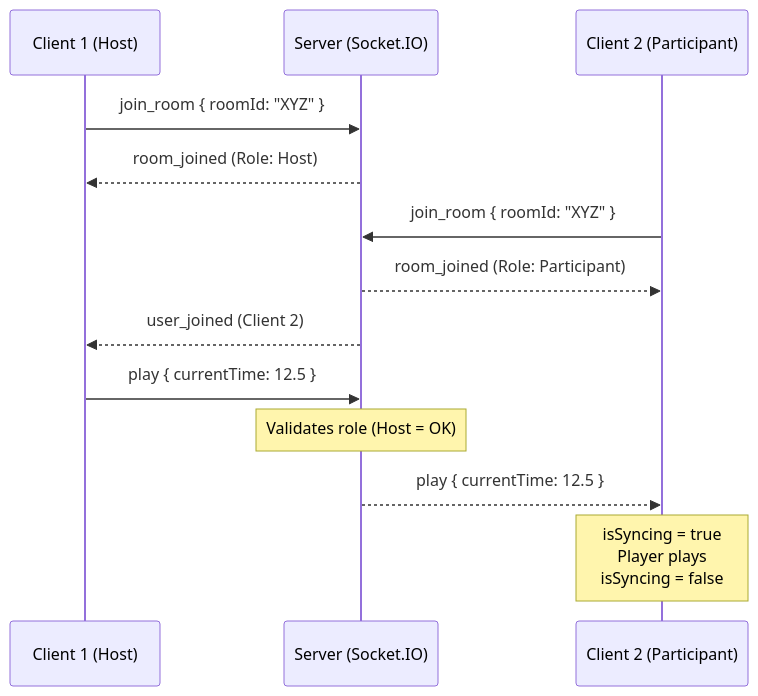
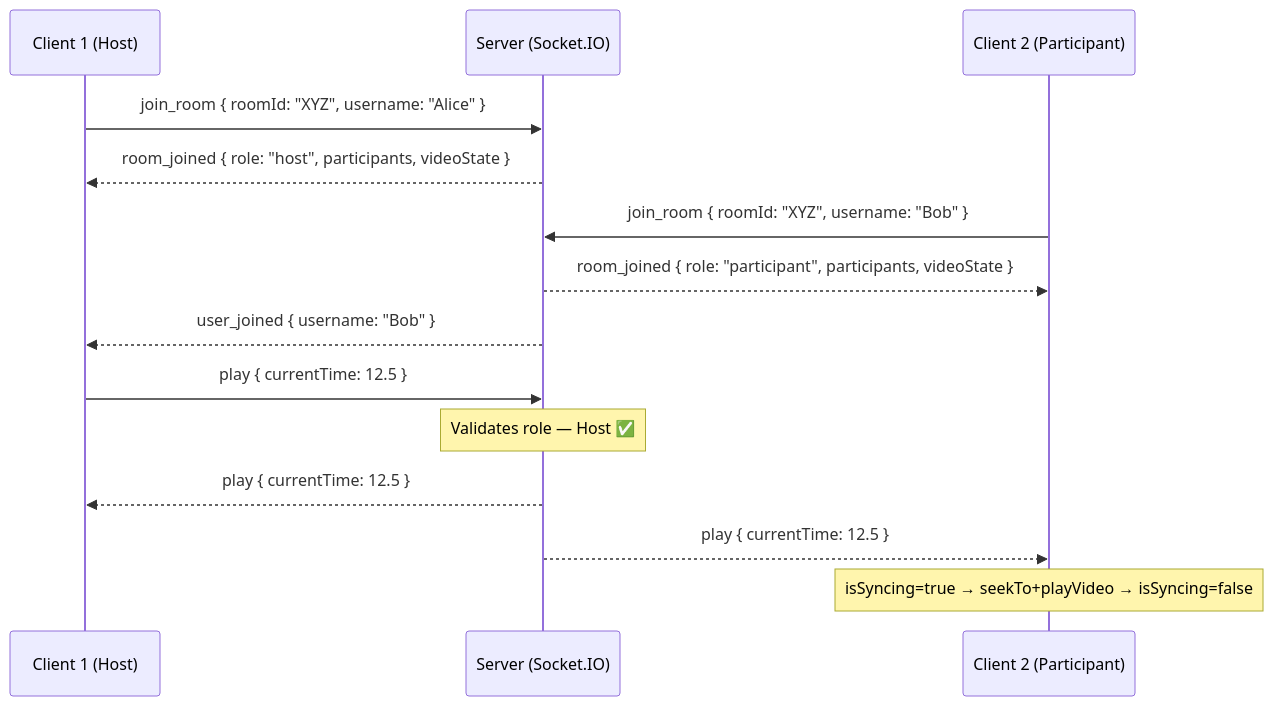
The diagram in README.md (SahilSameer18/syncTube), drawn with Mermaid before and after one commit. The commit also changed other lines of this file, not shown here.

Commit message:
docs: rewrite README with full feature list, architecture, and deployment docs

````diff
--- a/README.md
+++ b/README.md
@@ -150,18 +126,19 @@
 ```mermaid
 sequenceDiagram
     participant C1 as Client 1 (Host)
     participant S as Server (Socket.IO)
     participant C2 as Client 2 (Participant)
 
-    C1->>S: join_room { roomId: "XYZ" }
-    S-->>C1: room_joined (Role: Host)
+    C1->>S: join_room { roomId: "XYZ", username: "Alice" }
+    S-->>C1: room_joined { role: "host", participants, videoState }
 
-    C2->>S: join_room { roomId: "XYZ" }
-    S-->>C2: room_joined (Role: Participant)
-    S-->>C1: user_joined (Client 2)
+    C2->>S: join_room { roomId: "XYZ", username: "Bob" }
+    S-->>C2: room_joined { role: "participant", participants, videoState }
+    S-->>C1: user_joined { username: "Bob" }
 
     C1->>S: play { currentTime: 12.5 }
-    Note over S: Validates role (Host = OK)
+    Note over S: Validates role — Host ✅
+    S-->>C1: play { currentTime: 12.5 }
     S-->>C2: play { currentTime: 12.5 }
-    Note over C2: isSyncing = true<br/>Player plays<br/>isSyncing = false
+    Note over C2: isSyncing=true → seekTo+playVideo → isSyncing=false
 ```
````
